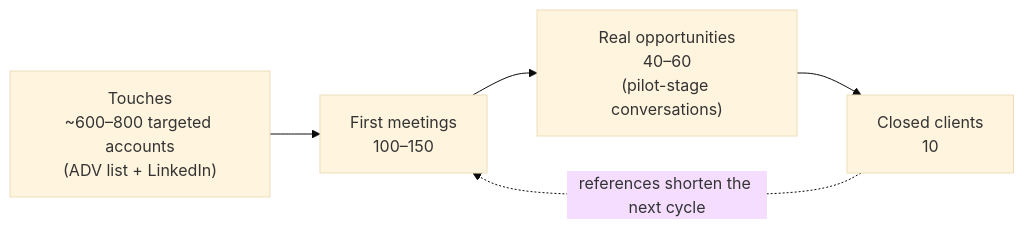
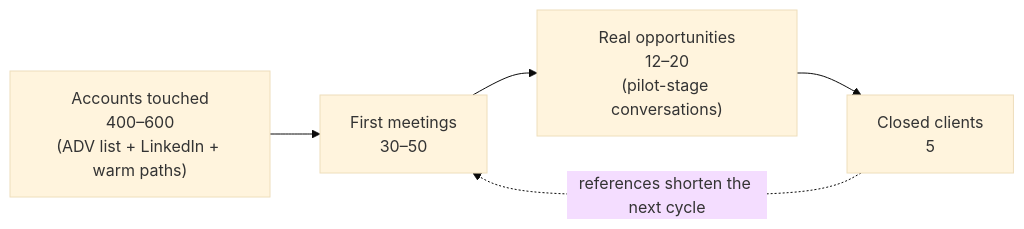
Before and after one commit to sampadadiwan/IRM_CompanyMain: the first of 2 diagrams in docs/marketing/us_gtm_zero_budget_notes.md, drawn with Mermaid (base theme). The commit also changed other lines of this file and 23 other files, not shown here.

````diff
--- a/docs/marketing/us_gtm_zero_budget_notes.md
+++ b/docs/marketing/us_gtm_zero_budget_notes.md
@@ -83,7 +164,7 @@
 ```mermaid
 flowchart LR
-    A["Touches\n~600–800 targeted accounts\n(ADV list + LinkedIn)"] --> B["First meetings\n100–150"]
-    B --> C["Real opportunities\n40–60\n(pilot-stage conversations)"]
-    C --> D["Closed clients\n10"]
+    A["Accounts touched<br/>400–600<br/>(ADV list + LinkedIn + warm paths)"] --> B["First meetings<br/>30–50"]
+    B --> C["Real opportunities<br/>12–20<br/>(pilot-stage conversations)"]
+    C --> D["Closed clients<br/>5"]
     D -.references shorten the next cycle.-> B
 ```
````
